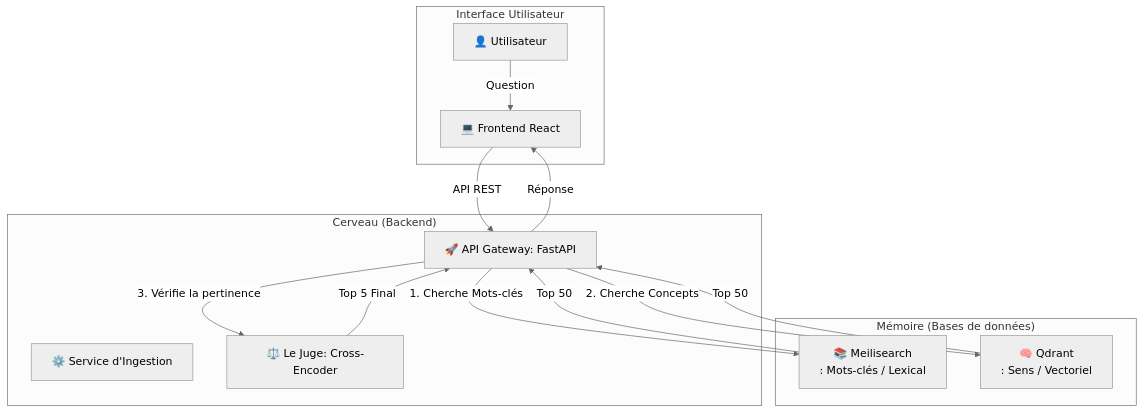
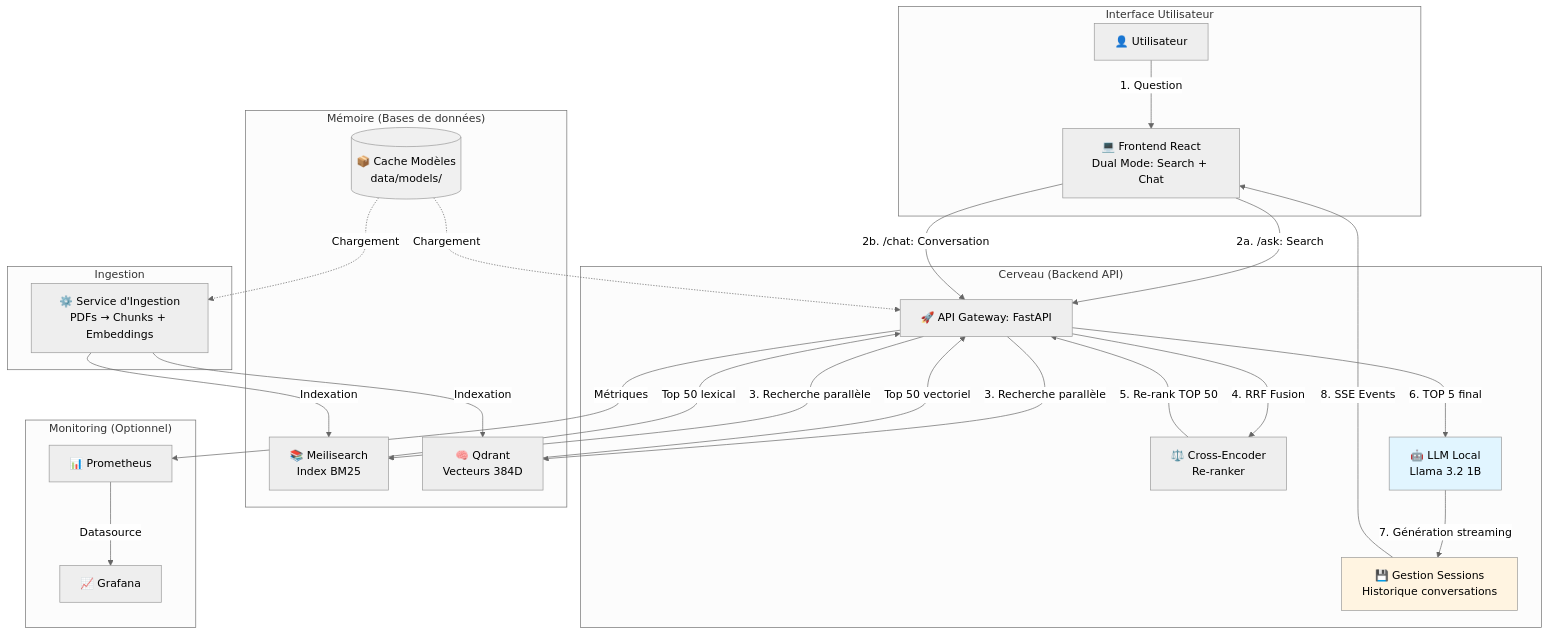
Before and after one commit to vgauti01/projet-tut: the first of 3 diagrams in TECHNICAL_DOCUMENTATION.md, drawn with Mermaid (neutral theme). The commit also changed other lines of this file and 30 other files, not shown here.

````diff
--- a/TECHNICAL_DOCUMENTATION.md
+++ b/TECHNICAL_DOCUMENTATION.md
@@ -25,31 +41,59 @@
 ```mermaid
 graph TD
     subgraph "Interface Utilisateur"
         User[👤 Utilisateur]
-        UI[💻 Frontend React]
+        UI[💻 Frontend React<br/>Dual Mode: Search + Chat]
     end
 
-    subgraph "Cerveau (Backend)"
+    subgraph "Cerveau (Backend API)"
         API[🚀 API Gateway: FastAPI]
-        Ingest[⚙️ Service d'Ingestion]
-        Reranker[⚖️ Le Juge: Cross-Encoder]
+        Reranker[⚖️ Cross-Encoder<br/>Re-ranker]
+        LLM[🤖 LLM Local<br/>Llama 3.2 1B]
+        Sessions[💾 Gestion Sessions<br/>Historique conversations]
+    end
+
+    subgraph "Ingestion"
+        Ingest[⚙️ Service d'Ingestion<br/>PDFs → Chunks + Embeddings]
     end
 
     subgraph "Mémoire (Bases de données)"
-        Meili[📚 Meilisearch\n: Mots-clés / Lexical]
-        Qdrant[🧠 Qdrant\n: Sens / Vectoriel]
+        Meili[📚 Meilisearch<br/>Index BM25]
+        Qdrant[🧠 Qdrant<br/>Vecteurs 384D]
+        Models[(📦 Cache Modèles<br/>data/models/)]
     end
 
-    User -->|Question| UI
-    UI -->|API REST| API
-    
-    API -->|1. Cherche Mots-clés| Meili
-    API -->|2. Cherche Concepts| Qdrant
-    
-    Meili -->|Top 50| API
-    Qdrant -->|Top 50| API
-    
-    API -->|3. Vérifie la pertinence| Reranker
-    Reranker -->|Top 5 Final| API
-    API -->|Réponse| UI
+    subgraph "Monitoring (Optionnel)"
+        Prom[📊 Prometheus]
+        Graf[📈 Grafana]
+    end
+
+    User -->|1. Question| UI
+    UI -->|2a. /ask: Search| API
+    UI -->|2b. /chat: Conversation| API
+
+    API -->|3. Recherche parallèle| Meili
+    API -->|3. Recherche parallèle| Qdrant
+
+    Meili -->|Top 50 lexical| API
+    Qdrant -->|Top 50 vectoriel| API
+
+    API -->|4. RRF Fusion| Reranker
+    Reranker -->|5. Re-rank TOP 50| API
+    API -->|6. TOP 5 final| LLM
+
+    LLM -->|7. Génération streaming| Sessions
+    Sessions -->|8. SSE Events| UI
+
+    Ingest -->|Indexation| Meili
+    Ingest -->|Indexation| Qdrant
+
+    Models -.->|Chargement| API
+    Models -.->|Chargement| Ingest
+
+    API -->|Métriques| Prom
+    Prom -->|Datasource| Graf
+
+    style LLM fill:#e1f5ff
+    style Sessions fill:#fff4e1
+    style Models fill:#f0f0f0
 ```
````
